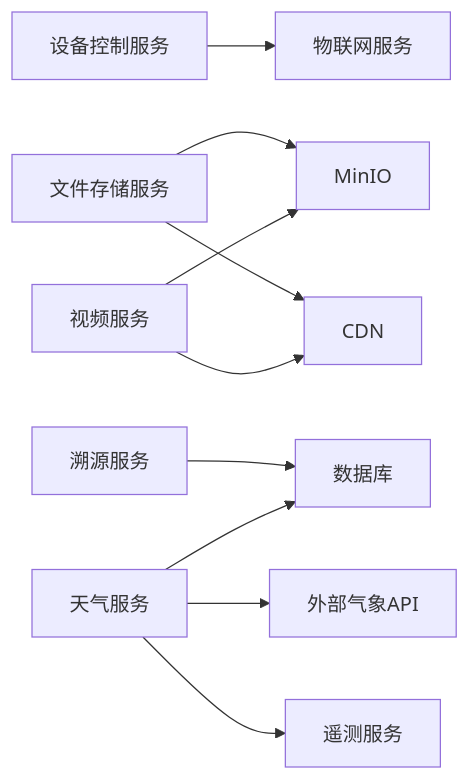
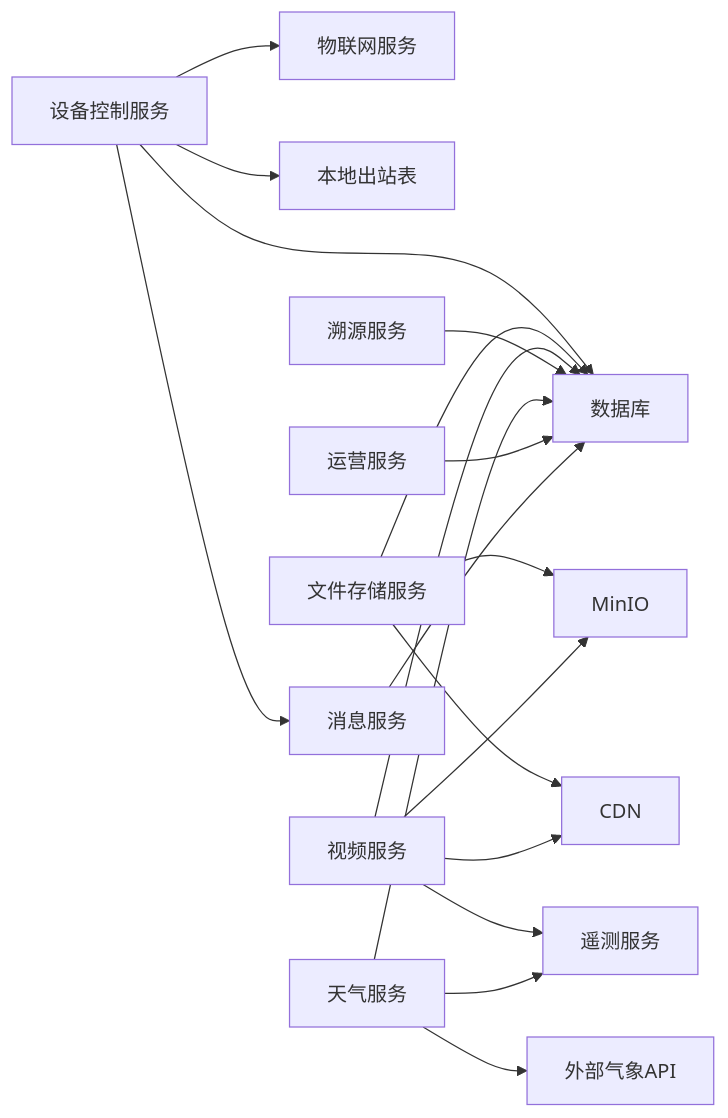
Before and after one commit to q446328246/agri-platform: diagram 28 of 28 in .qoder/repowiki/zh/content/核心服务文档/其他业务服务.md, drawn with Mermaid. The commit also changed other lines of this file and 52 other files, not shown here.

````diff
--- a/.qoder/repowiki/zh/content/核心服务文档/其他业务服务.md
+++ b/.qoder/repowiki/zh/content/核心服务文档/其他业务服务.md
@@ -521,12 +795,20 @@
 ```mermaid
 graph LR
 CS["设备控制服务"] --> IoT["物联网服务"]
+CS --> DB["数据库"]
+CS --> OUTBOX["本地出站表"]
+CS --> MS["消息服务"]
 FS["文件存储服务"] --> MINIO["MinIO"]
 FS --> CDN["CDN"]
+FS --> DB
 VID["视频服务"] --> MINIO
 VID --> CDN
-TRC["溯源服务"] --> DB["数据库"]
+VID --> DB
+VID --> TELEMETRY["遥测服务"]
+TRC["溯源服务"] --> DB
 WTH["天气服务"] --> EXT["外部气象API"]
 WTH --> DB
-WTH --> TELEMETRY["遥测服务"]
+WTH --> TELEMETRY
+OPS["运营服务"] --> DB
+MS --> DB
 ```
````
